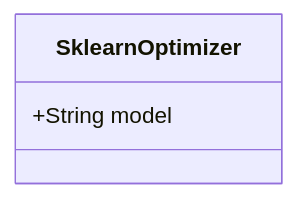
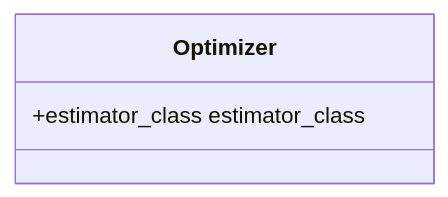
The diagram in docs/sections/Concepts/index.rst (Caparrini/mloptimizer), drawn with Mermaid before and after one commit. The commit also changed 9 other files, not shown here.

Commit message:
Refactor: genoptimizer -> core, SklearnOptimizer now is Optimizer, BaseOptimizer no longer exists (old ABC Class), clf_class renamed to estimator_class

```diff
--- a/docs/sections/Concepts/index.rst
+++ b/docs/sections/Concepts/index.rst
@@ -7,6 +7,6 @@
 .. mermaid::
 
    classDiagram
-       class SklearnOptimizer{
-         +String model
+       class Optimizer{
+         +estimator_class estimator_class
        }
```
